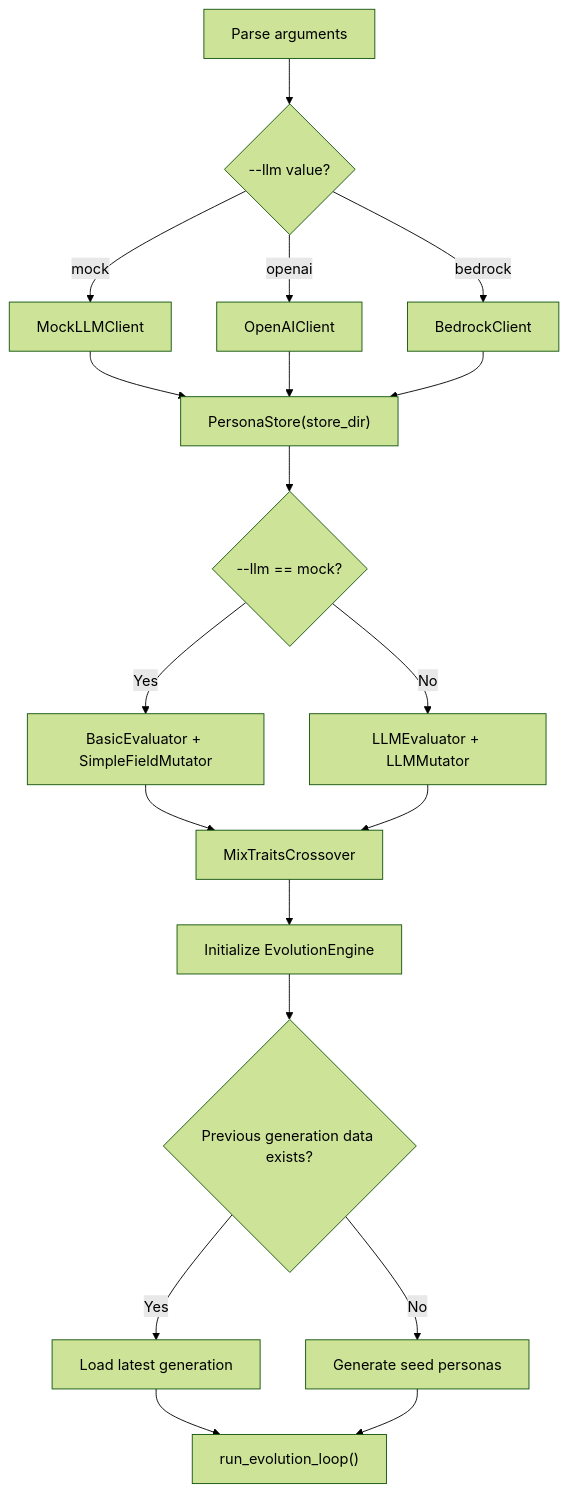
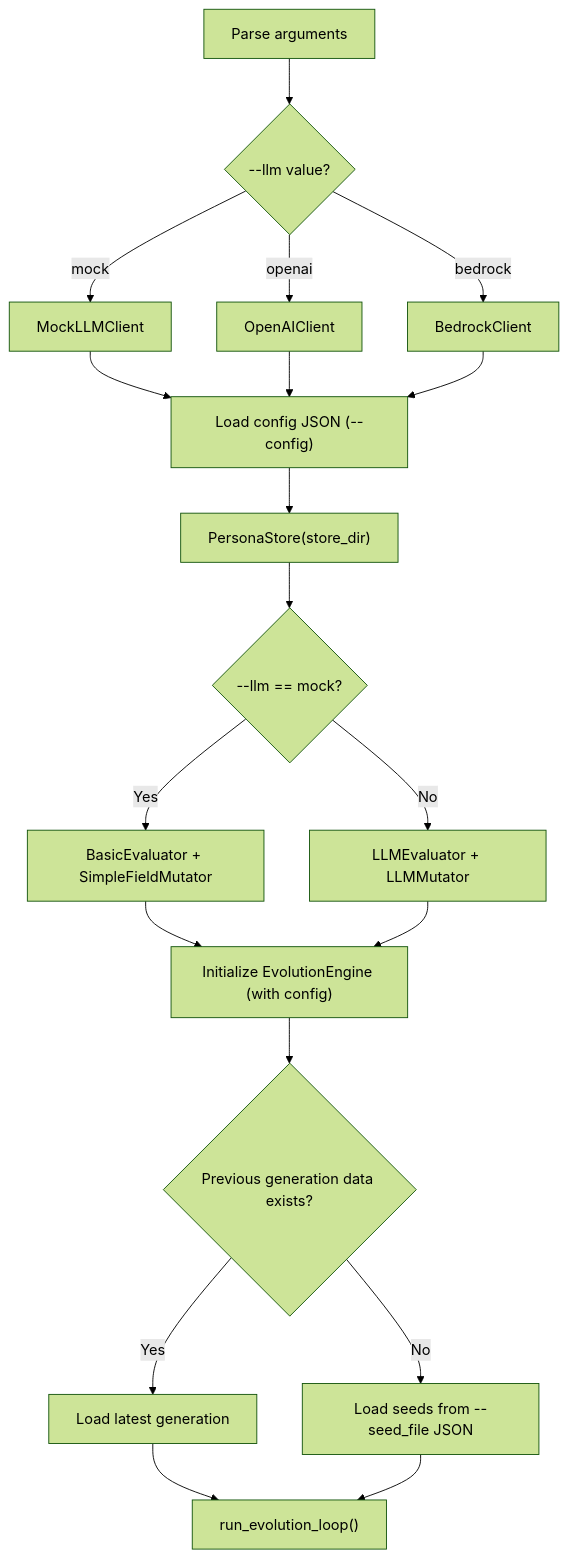
One commit to Keyhole-Koro/snackPersona changed the diagram in main.md. Above: the diagram before and after it, drawn with Mermaid (forest theme). The commit also changed other lines of this file and 3 other files, not shown here.

````diff
--- a/main.md
+++ b/main.md
@@ -41,28 +48,27 @@
 ```mermaid
 graph TD
     A["Parse arguments"] --> B{"--llm value?"}
-    
+
     B -- mock --> C1["MockLLMClient"]
     B -- openai --> C2["OpenAIClient"]
     B -- bedrock --> C3["BedrockClient"]
-    
-    C1 --> D["PersonaStore(store_dir)"]
+
+    C1 --> D["Load config JSON (--config)"]
     C2 --> D
     C3 --> D
-    
-    D --> E{"--llm == mock?"}
-    E -- Yes --> F1["BasicEvaluator + SimpleFieldMutator"]
-    E -- No --> F2["LLMEvaluator + LLMMutator"]
-    
-    F1 --> G["MixTraitsCrossover"]
-    F2 --> G
-    
-    G --> H["Initialize EvolutionEngine"]
-    
+
+    D --> E["PersonaStore(store_dir)"]
+    E --> F{"--llm == mock?"}
+    F -- Yes --> G1["BasicEvaluator + SimpleFieldMutator"]
+    F -- No --> G2["LLMEvaluator + LLMMutator"]
+
+    G1 --> H["Initialize EvolutionEngine (with config)"]
+    G2 --> H
+
     H --> I{"Previous generation data exists?"}
     I -- Yes --> J["Load latest generation"]
-    I -- No --> K["Generate seed personas"]
-    
+    I -- No --> K["Load seeds from --seed_file JSON"]
+
     J --> L["run_evolution_loop()"]
     K --> L
 ```
````
